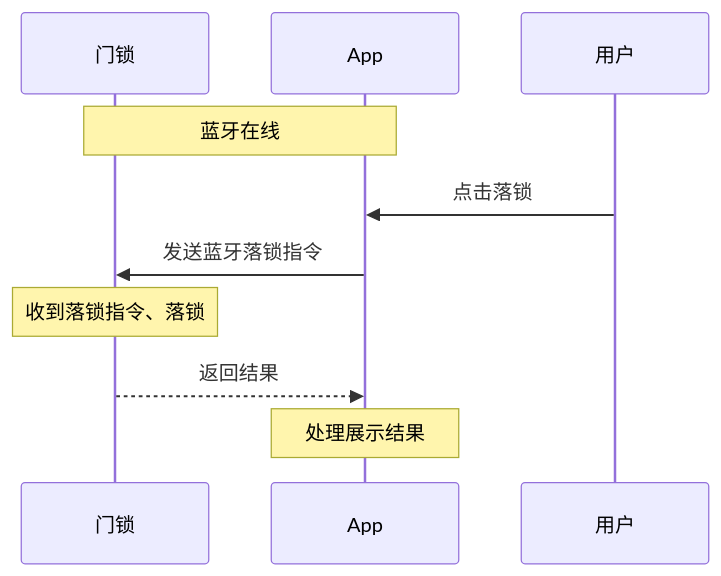
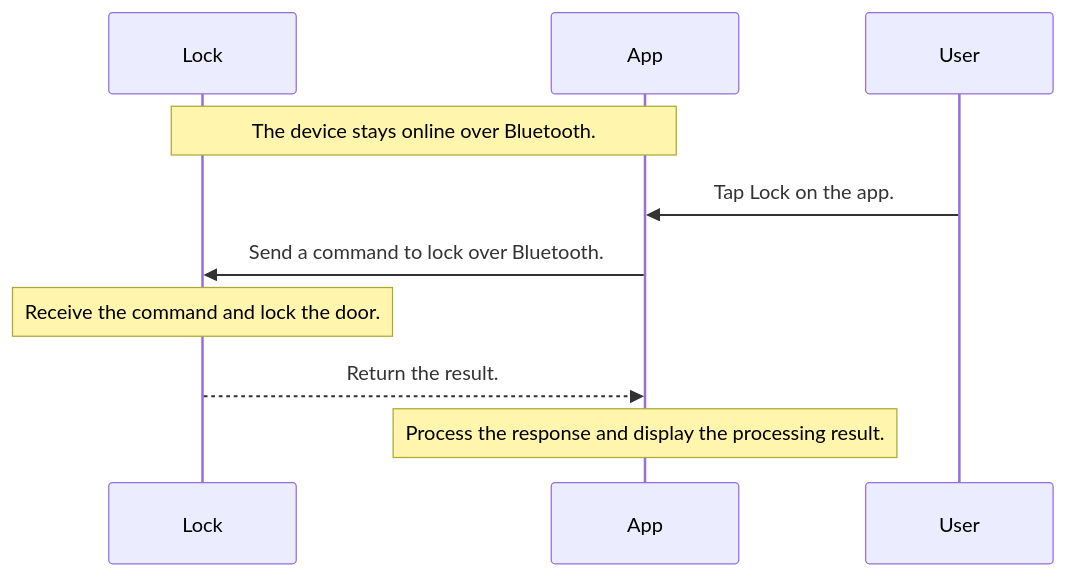
The fourth of 11 diagrams in lock/README.md (tuya/tuya-lock-android-demo), drawn with Mermaid before and after one commit. The commit also changed other lines of this file and 1 other file, not shown here.

````diff
--- a/lock/README.md
+++ b/lock/README.md
@@ -497,12 +516,12 @@
 ```mermaid
 sequenceDiagram
-participant D as 门锁
+participant D as Lock
 participant A as App
-participant U as 用户
-Note over D,A: 蓝牙在线
-U->>A: 点击落锁
-A->>D: 发送蓝牙落锁指令
-Note over D: 收到落锁指令、落锁
-D-->>A: 返回结果
-Note over A: 处理展示结果
+participant U as User
+Note over D,A: The device stays online over Bluetooth.
+U->>A: Tap Lock on the app.
+A->>D: Send a command to lock over Bluetooth.
+Note over D: Receive the command and lock the door.
+D-->>A: Return the result.
+Note over A: Process the response and display the processing result.
 ```
````
